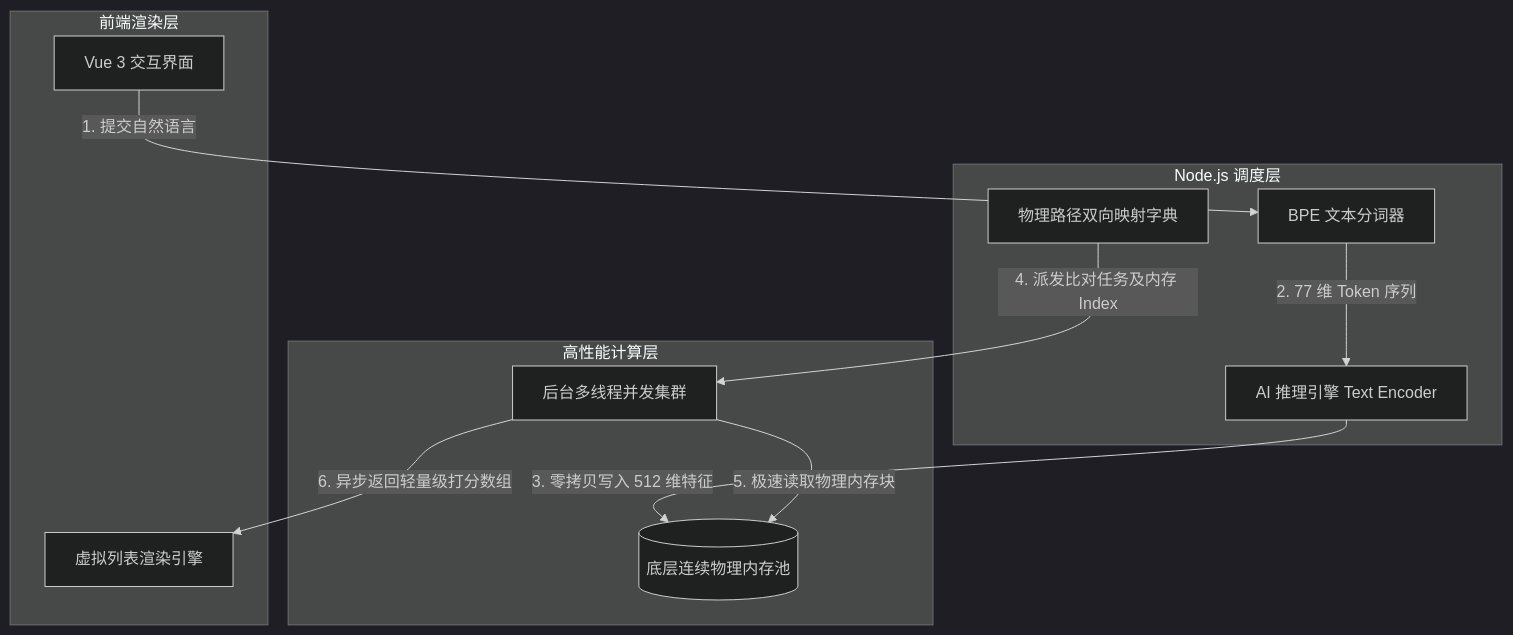
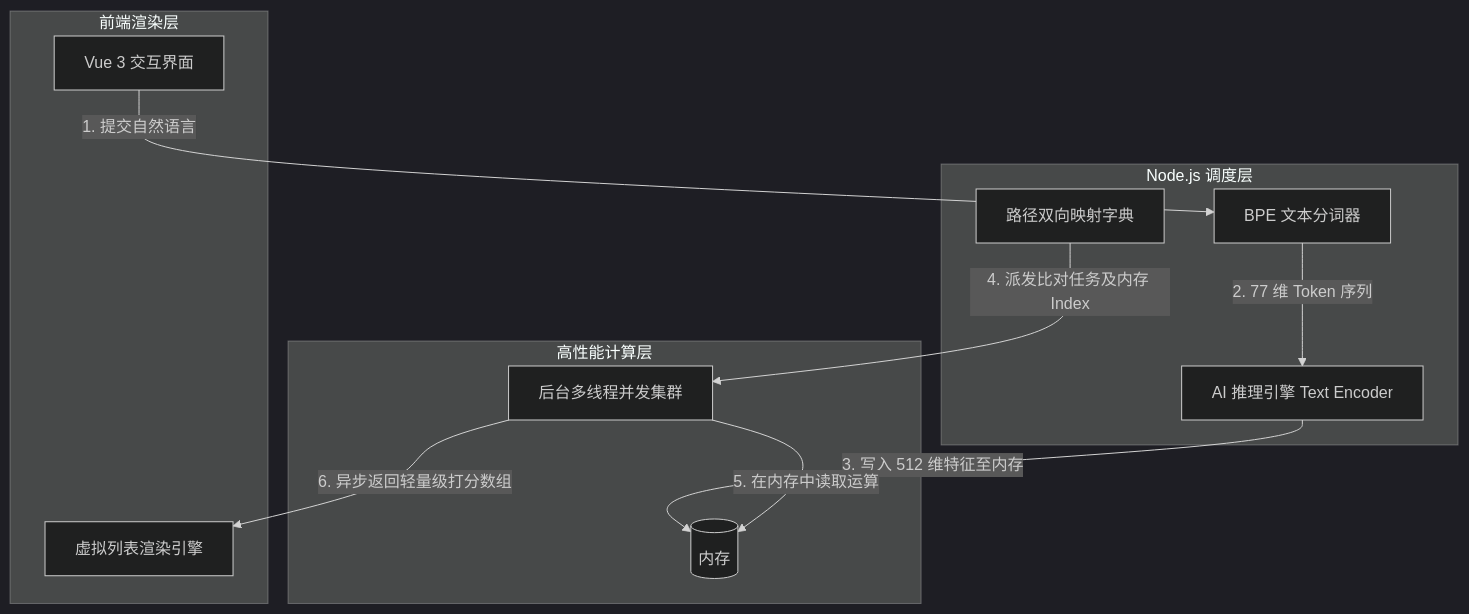
Before and after one commit to NovaMindLab/AIShare-Grabber: the first of 2 diagrams in wiki/features/semantic_search_architecture.md, drawn with Mermaid (dark theme). The commit also changed other lines of this file, not shown here.

Commit message:
docs(wiki): generalize all low-level memory mentions into simple Memory abstraction

````diff
--- a/wiki/features/semantic_search_architecture.md
+++ b/wiki/features/semantic_search_architecture.md
@@ -15,25 +15,25 @@
 ```mermaid
 flowchart TD
     subgraph 前端渲染层
         UI[Vue 3 交互界面]
         VirtualList[虚拟列表渲染引擎]
     end
 
     subgraph Node.js 调度层
         NLP[BPE 文本分词器]
         ONNX[AI 推理引擎 Text Encoder]
-        MapDict[物理路径双向映射字典]
+        MapDict[路径双向映射字典]
     end
 
     subgraph 高性能计算层
-        MemPool[(底层连续物理内存池)]
+        MemPool[(内存)]
         Worker[后台多线程并发集群]
     end
 
     UI -- 1. 提交自然语言 --> NLP
     NLP -- 2. 77 维 Token 序列 --> ONNX
-    ONNX -- 3. 零拷贝写入 512 维特征 --> MemPool
+    ONNX -- 3. 写入 512 维特征至内存 --> MemPool
     MapDict -- 4. 派发比对任务及内存 Index --> Worker
-    Worker -- 5. 极速读取物理内存块 --> MemPool
+    Worker -- 5. 在内存中读取运算 --> MemPool
     Worker -- 6. 异步返回轻量级打分数组 --> VirtualList
 ```
````
